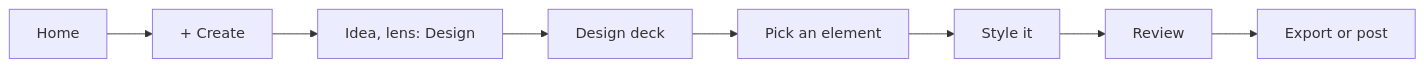
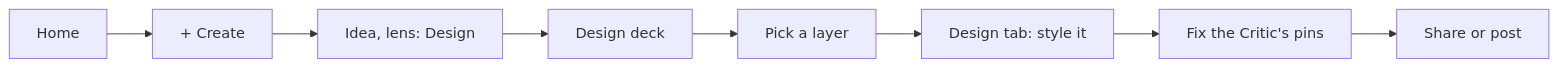
One commit to Pukujan/swarm-studio changed diagram 17 of 24 in docs/ux/SITEMAP.md. Above: the diagram before and after it, drawn with Mermaid. The commit also changed other lines of this file and 5 other files, not shown here.

First line of the commit message:
Docs: borrowed patterns, a quiet fixed frame, Figma for the Design deck, the social side

````diff
--- a/docs/ux/SITEMAP.md
+++ b/docs/ux/SITEMAP.md
@@ -414,4 +476,4 @@
 ```mermaid
 flowchart LR
-  b0[Home] --> b1["+ Create"] --> b2["Idea, lens: Design"] --> b3[Design deck] --> b4[Pick an element] --> b5[Style it] --> b6[Review] --> b7[Export or post]
+  b0[Home] --> b1["+ Create"] --> b2["Idea, lens: Design"] --> b3[Design deck] --> b4[Pick a layer] --> b5["Design tab: style it"] --> b6["Fix the Critic's pins"] --> b7[Share or post]
 ```
````
